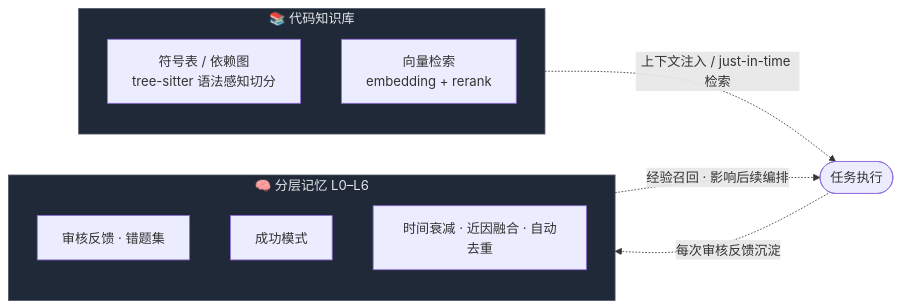
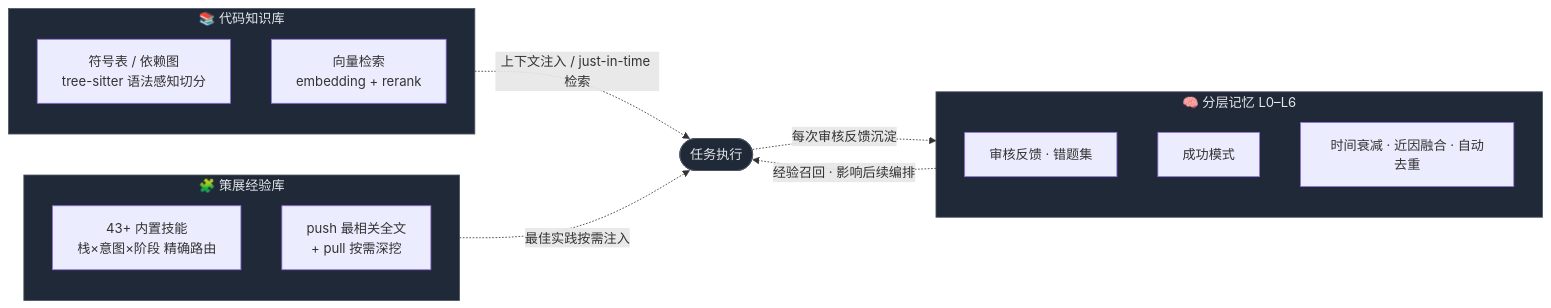
One commit to Victzhang79/Swarm changed the fourth of 4 diagrams in README.md. Above: the diagram before and after it, drawn with Mermaid. The commit also changed other lines of this file and 1 other file, not shown here.

````diff
--- a/README.md
+++ b/README.md
@@ -215,20 +236,26 @@
 ```mermaid
 flowchart LR
     subgraph KB["📚 代码知识库"]
       direction TB
       SYM[符号表 / 依赖图<br/>tree-sitter 语法感知切分]
       VEC[向量检索<br/>embedding + rerank]
     end
     subgraph MEM["🧠 分层记忆 L0–L6"]
       direction TB
       FB[审核反馈 · 错题集]
       SP[成功模式]
       DK[时间衰减 · 近因融合 · 自动去重]
     end
+    subgraph EXP["🧩 策展经验库"]
+      direction TB
+      SK[43+ 内置技能<br/>栈×意图×阶段 精确路由]
+      PP[push 最相关全文<br/>+ pull 按需深挖]
+    end
     KB -. 上下文注入 / just-in-time 检索 .-> TASK([任务执行])
+    EXP -. 最佳实践按需注入 .-> TASK
     TASK -. 每次审核反馈沉淀 .-> MEM
     MEM -. 经验召回 · 影响后续编排 .-> TASK
 
     classDef store fill:#1f2937,stroke:#4b5563,color:#e5e7eb;
-    class KB,MEM store;
+    class MEM,KB,EXP,TASK store;
 ```
````
